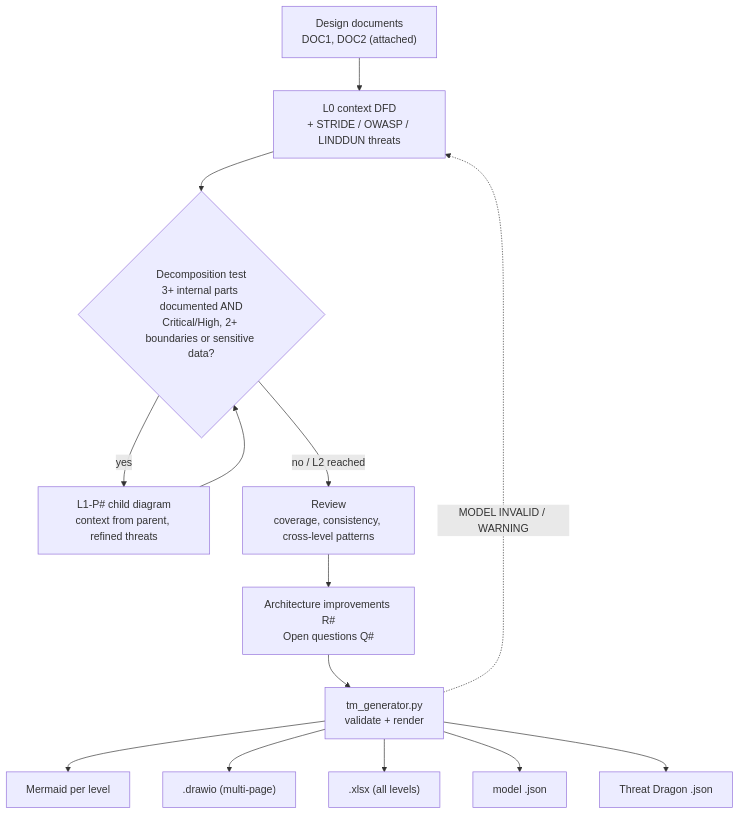
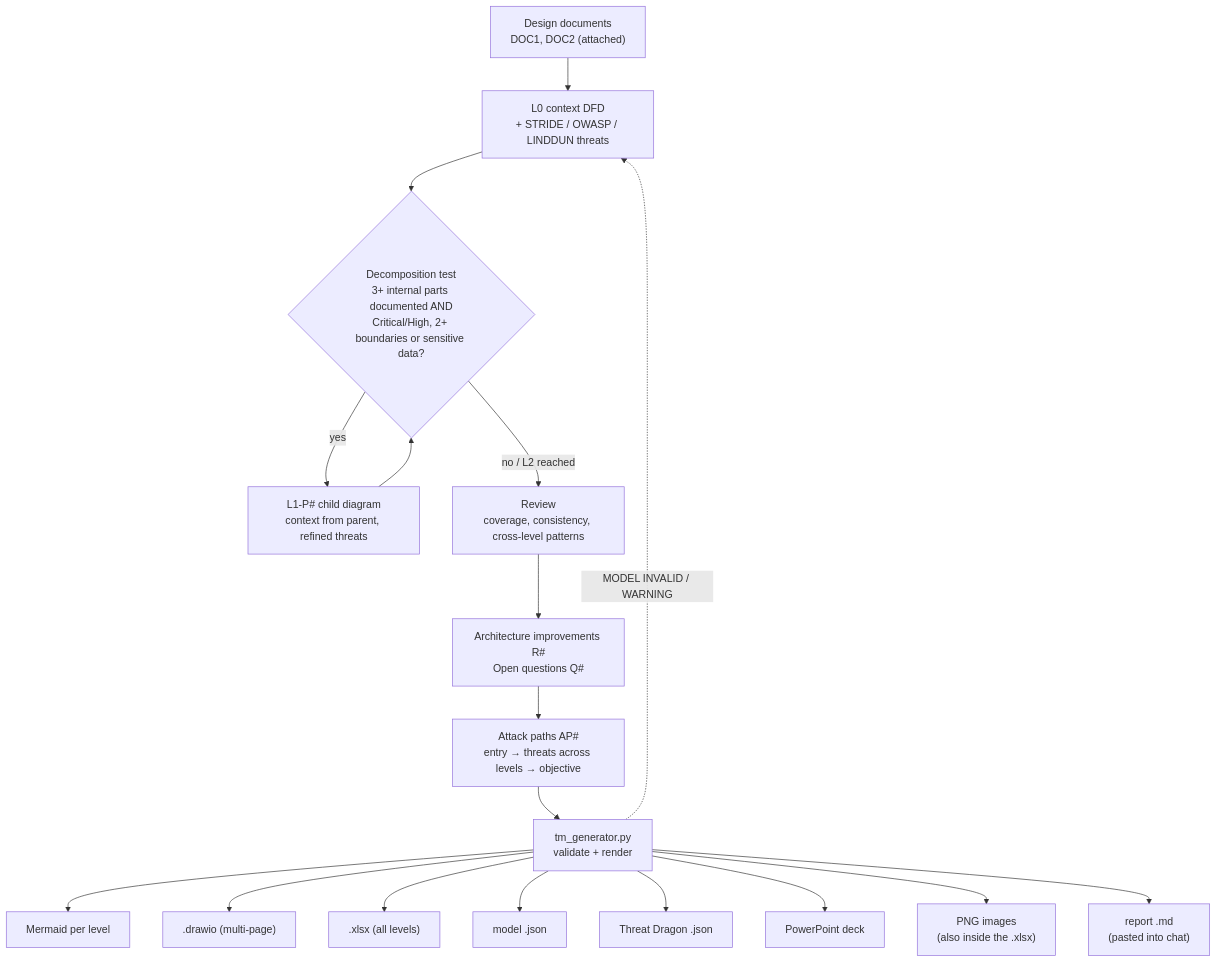
The first of 4 diagrams in README.md (jfang88/copilot-threat-model-agent), drawn with Mermaid before and after one commit. The commit also changed other lines of this file and 19 other files, not shown here.

First line of the commit message:
v2.3: Markdown report, attack paths, PowerPoint deck, PNGs and Excel images

````diff
--- a/README.md
+++ b/README.md
@@ -17,16 +19,20 @@
 ```mermaid
 flowchart TD
   A["Design documents<br/>DOC1, DOC2 (attached)"] --> B["L0 context DFD<br/>+ STRIDE / OWASP / LINDDUN threats"]
   B --> C{"Decomposition test<br/>3+ internal parts documented AND<br/>Critical/High, 2+ boundaries or sensitive data?"}
   C -- yes --> D["L1-P# child diagram<br/>context from parent, refined threats"]
   D --> C
   C -- no / L2 reached --> E["Review<br/>coverage, consistency, cross-level patterns"]
   E --> F["Architecture improvements R#<br/>Open questions Q#"]
-  F --> G["tm_generator.py<br/>validate + render"]
+  F --> AP["Attack paths AP#<br/>entry → threats across levels → objective"]
+  AP --> G["tm_generator.py<br/>validate + render"]
   G --> H["Mermaid per level"]
   G --> I[".drawio (multi-page)"]
   G --> J[".xlsx (all levels)"]
   G --> K["model .json"]
   G --> L["Threat Dragon .json"]
+  G --> M["PowerPoint deck"]
+  G --> N["PNG images<br/>(also inside the .xlsx)"]
+  G --> O["report .md<br/>(pasted into chat)"]
   G -. "MODEL INVALID / WARNING" .-> B
 ```
````
